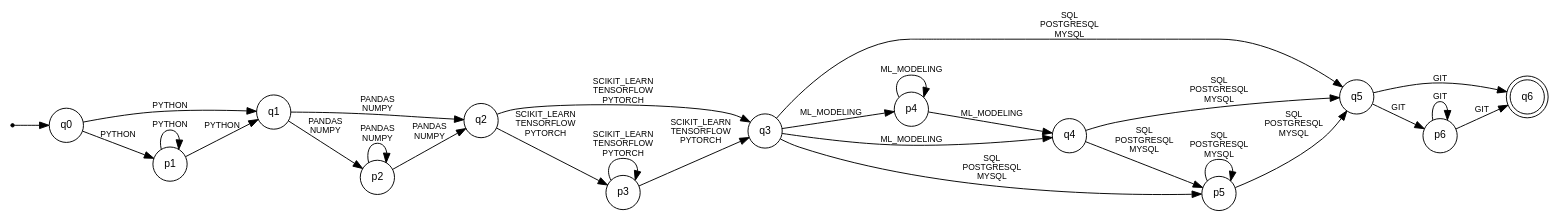
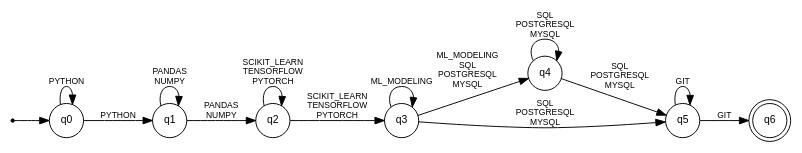
One commit to MariaEnriquez07/resumeLens changed the diagram in docs/diagrams/MACHINE_LEARNING_ENGINEER_NFA.dot. Above: the diagram before and after it, drawn with Graphviz. The commit also changed 5 other files, not shown here.

Commit message:
update diagrams

```diff
--- a/docs/diagrams/MACHINE_LEARNING_ENGINEER_NFA.dot
+++ b/docs/diagrams/MACHINE_LEARNING_ENGINEER_NFA.dot
@@ -1,58 +1,36 @@
 digraph "MACHINE_LEARNING_ENGINEER_NFA" {
   rankdir=LR;
   node [shape=circle fontname="Helvetica" fontsize=11];
   edge [fontname="Helvetica" fontsize=9];
   start [shape=point];
   start -> q0;
   q6 [shape=doublecircle];
+  q0 -> q0 [label="PYTHON"];
   q0 -> q1 [label="PYTHON"];
-  q0 -> p1 [label="PYTHON"];
+  q1 -> q1 [label="PANDAS
+NUMPY"];
   q1 -> q2 [label="PANDAS
 NUMPY"];
-  q1 -> p2 [label="PANDAS
-NUMPY"];
+  q2 -> q2 [label="SCIKIT_LEARN
+TENSORFLOW
+PYTORCH"];
   q2 -> q3 [label="SCIKIT_LEARN
 TENSORFLOW
 PYTORCH"];
-  q2 -> p3 [label="SCIKIT_LEARN
-TENSORFLOW
-PYTORCH"];
-  q3 -> q4 [label="ML_MODELING"];
-  q3 -> p4 [label="ML_MODELING"];
+  q3 -> q3 [label="ML_MODELING"];
+  q3 -> q4 [label="ML_MODELING
+SQL
+POSTGRESQL
+MYSQL"];
   q3 -> q5 [label="SQL
 POSTGRESQL
 MYSQL"];
-  q3 -> p5 [label="SQL
+  q4 -> q4 [label="SQL
 POSTGRESQL
 MYSQL"];
   q4 -> q5 [label="SQL
 POSTGRESQL
 MYSQL"];
-  q4 -> p5 [label="SQL
-POSTGRESQL
-MYSQL"];
+  q5 -> q5 [label="GIT"];
   q5 -> q6 [label="GIT"];
-  q5 -> p6 [label="GIT"];
-  p1 -> p1 [label="PYTHON"];
-  p1 -> q1 [label="PYTHON"];
-  p2 -> p2 [label="PANDAS
-NUMPY"];
-  p2 -> q2 [label="PANDAS
-NUMPY"];
-  p3 -> p3 [label="SCIKIT_LEARN
-TENSORFLOW
-PYTORCH"];
-  p3 -> q3 [label="SCIKIT_LEARN
-TENSORFLOW
-PYTORCH"];
-  p4 -> p4 [label="ML_MODELING"];
-  p4 -> q4 [label="ML_MODELING"];
-  p5 -> p5 [label="SQL
-POSTGRESQL
-MYSQL"];
-  p5 -> q5 [label="SQL
-POSTGRESQL
-MYSQL"];
-  p6 -> p6 [label="GIT"];
-  p6 -> q6 [label="GIT"];
 }
```
